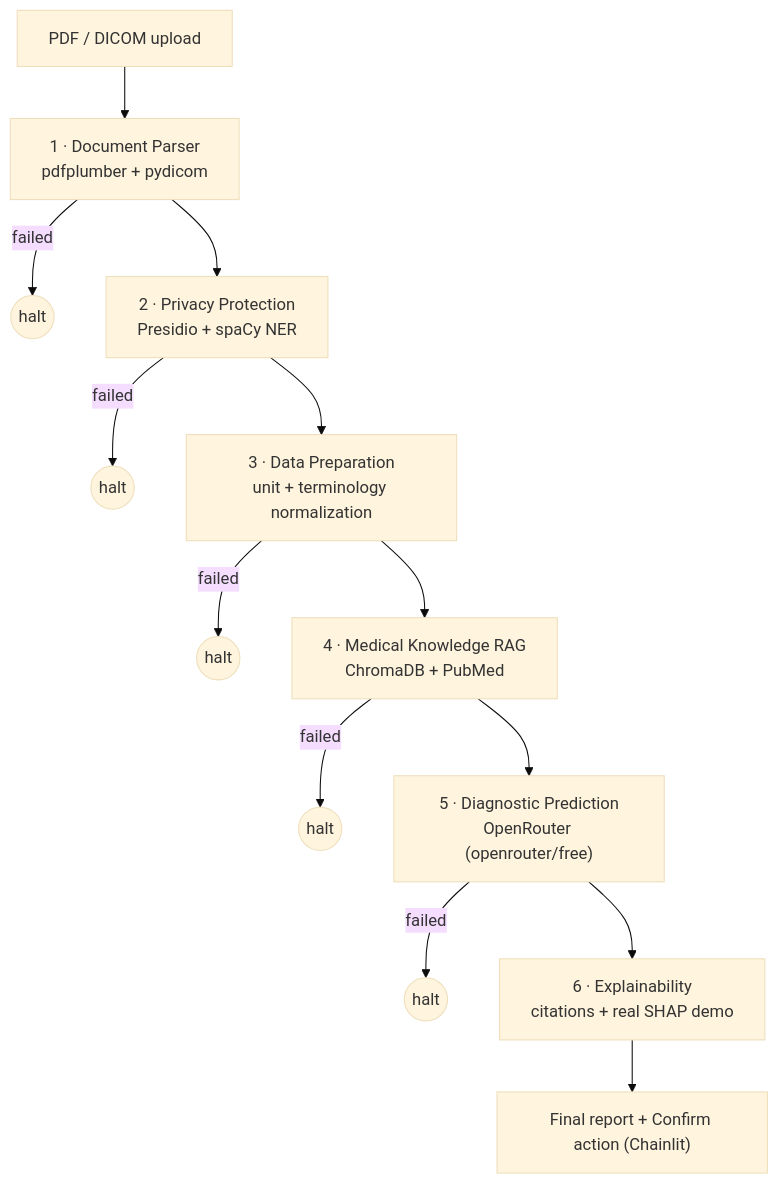
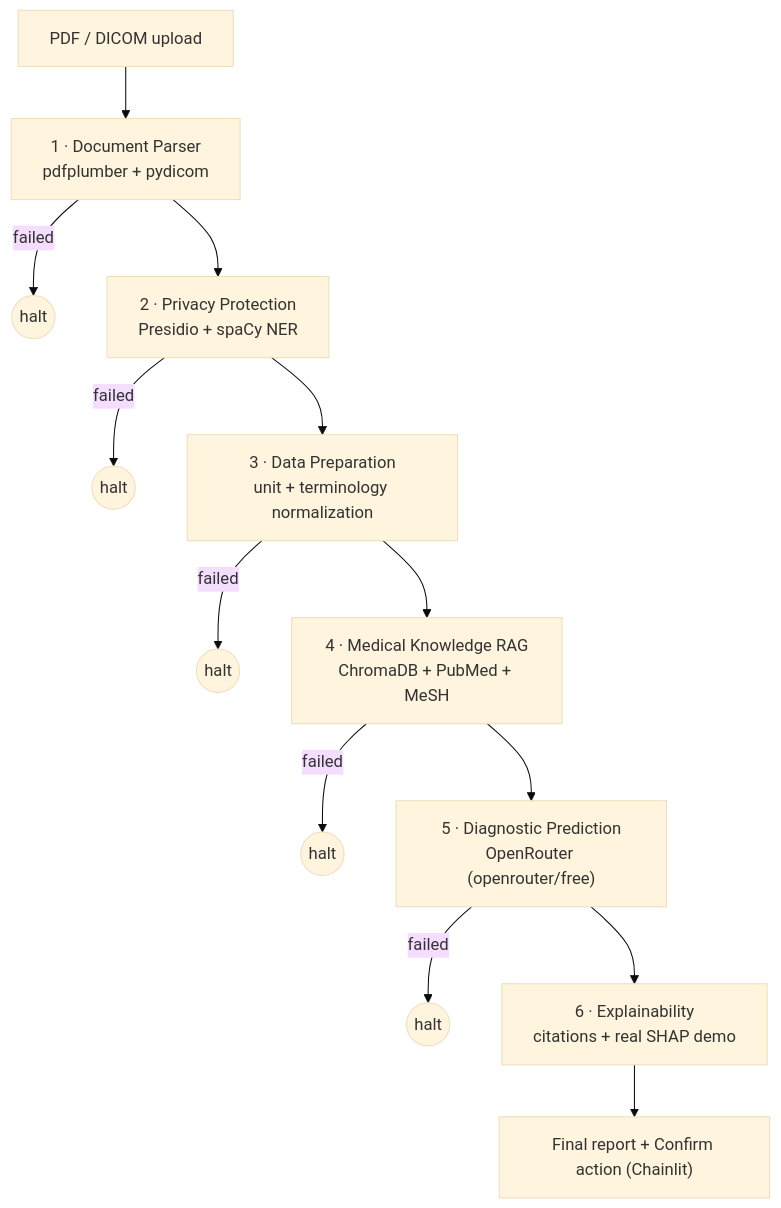
The diagram in README.md (dineshyadav03/glassbox-md), drawn with Mermaid (base theme) before and after one commit. The commit also changed other lines of this file and 5 other files, not shown here.

````diff
--- a/README.md
+++ b/README.md
@@ -32,15 +32,15 @@
 ```mermaid
 flowchart TD
     IN["PDF / DICOM upload"] --> P1
     P1["1 · Document Parser<br/>pdfplumber + pydicom"] -->|failed| END1(("halt"))
     P1 --> P2["2 · Privacy Protection<br/>Presidio + spaCy NER"]
     P2 -->|failed| END2(("halt"))
     P2 --> P3["3 · Data Preparation<br/>unit + terminology normalization"]
     P3 -->|failed| END3(("halt"))
-    P3 --> P4["4 · Medical Knowledge RAG<br/>ChromaDB + PubMed"]
+    P3 --> P4["4 · Medical Knowledge RAG<br/>ChromaDB + PubMed + MeSH"]
     P4 -->|failed| END4(("halt"))
     P4 --> P5["5 · Diagnostic Prediction<br/>OpenRouter (openrouter/free)"]
     P5 -->|failed| END5(("halt"))
     P5 --> P6["6 · Explainability<br/>citations + real SHAP demo"]
     P6 --> OUT["Final report + Confirm action (Chainlit)"]
 ```
````
